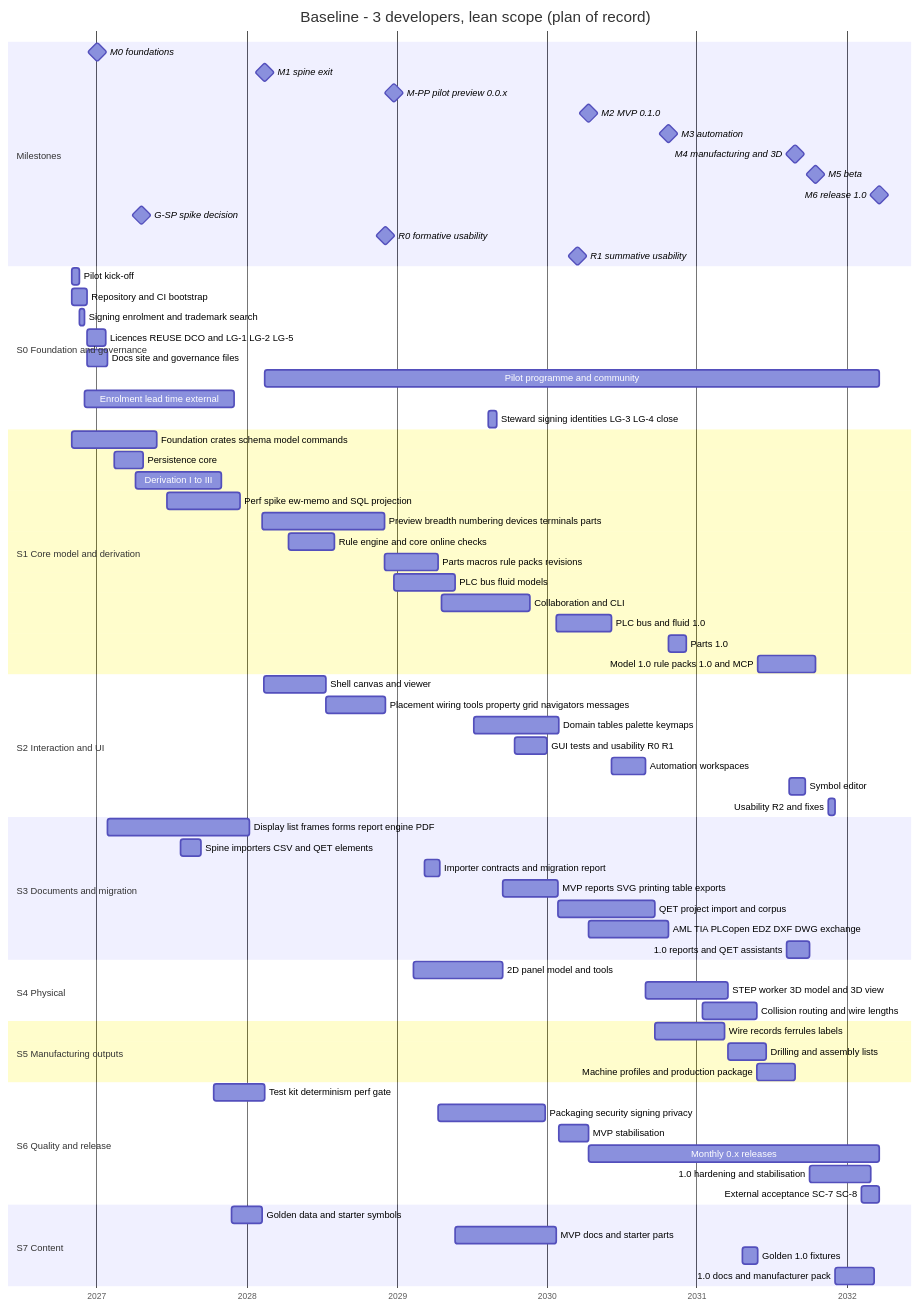
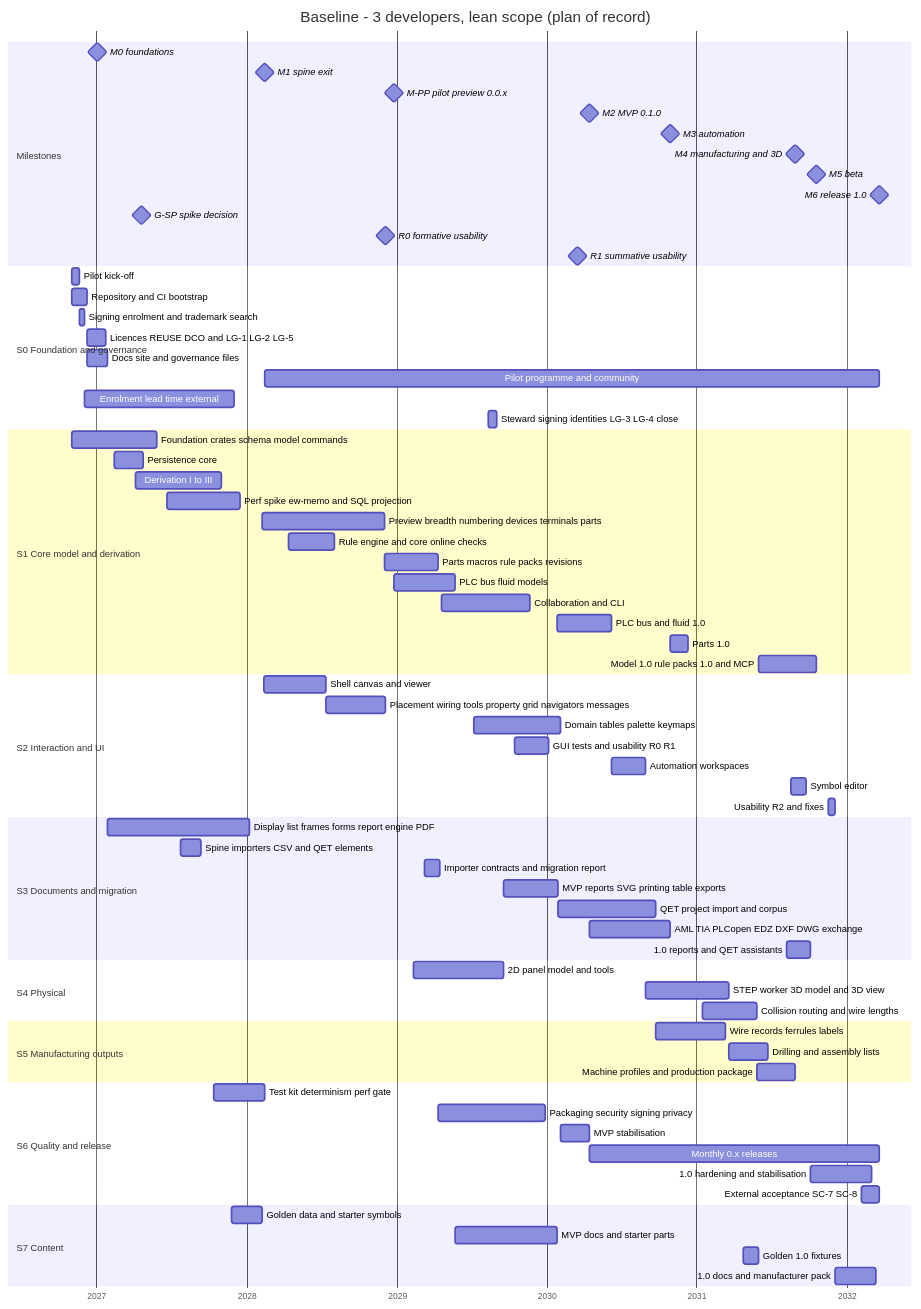
The second of 3 diagrams in docs/plan/01-global-plan.md (Ironkode787/ElektraWatt), drawn with Mermaid before and after one commit. The commit also changed other lines of this file and 12 other files, not shown here.

````diff
--- a/docs/plan/01-global-plan.md
+++ b/docs/plan/01-global-plan.md
@@ -1140,76 +1154,76 @@
 ```mermaid
 gantt
   title Baseline - 3 developers, lean scope (plan of record)
   dateFormat YYYY-MM-DD
   axisFormat %Y
   section Milestones
   M0 foundations :milestone, m0, 2027-01-03, 0d
   M1 spine exit :milestone, m1, 2028-02-14, 0d
   M-PP pilot preview 0.0.x :milestone, m2, 2028-12-24, 0d
-  M2 MVP 0.1.0 :milestone, m3, 2030-04-12, 0d
-  M3 automation :milestone, m4, 2030-10-24, 0d
+  M2 MVP 0.1.0 :milestone, m3, 2030-04-15, 0d
+  M3 automation :milestone, m4, 2030-10-27, 0d
   M4 manufacturing and 3D :milestone, m5, 2031-08-28, 0d
-  M5 beta :milestone, m6, 2031-10-16, 0d
+  M5 beta :milestone, m6, 2031-10-19, 0d
   M6 release 1.0 :milestone, m7, 2032-03-20, 0d
   G-SP spike decision :milestone, gsp, 2027-04-20, 0d
   R0 formative usability :milestone, r0, 2028-12-04, 0d
   R1 summative usability :milestone, r1, 2030-03-17, 0d
   section S0 Foundation and governance
   Pilot kick-off :t1, 2026-11-01, 2026-11-20
   Repository and CI bootstrap :t2, 2026-11-01, 2026-12-09
   Signing enrolment and trademark search :t3, 2026-11-20, 2026-12-02
   Licences REUSE DCO and LG-1 LG-2 LG-5 :t4, 2026-12-09, 2027-01-23
   Docs site and governance files :t5, 2026-12-09, 2027-01-27
   Pilot programme and community :t6, 2028-02-14, 2032-03-20
   Enrolment lead time external :t7, 2026-12-02, 2027-12-01
   Steward signing identities LG-3 LG-4 close :t8, 2029-08-12, 2029-08-31
   section S1 Core model and derivation
   Foundation crates schema model commands :t9, 2026-11-01, 2027-05-27
   Persistence core :t10, 2027-02-12, 2027-04-23
   Derivation I to III :t11, 2027-04-06, 2027-11-01
   Perf spike ew-memo and SQL projection :t12, 2027-06-21, 2027-12-15
   Preview breadth numbering devices terminals parts :t13, 2028-02-08, 2028-12-02
   Rule engine and core online checks :t14, 2028-04-11, 2028-08-01
   Parts macros rule packs revisions :t15, 2028-12-02, 2029-04-10
   PLC bus fluid models :t16, 2028-12-24, 2029-05-23
   Collaboration and CLI :t17, 2029-04-20, 2029-11-21
-  PLC bus and fluid 1.0 :t18, 2030-01-24, 2030-06-07
-  Parts 1.0 :t19, 2030-10-24, 2030-12-06
-  Model 1.0 rule packs 1.0 and MCP :t20, 2031-05-30, 2031-10-16
+  PLC bus and fluid 1.0 :t18, 2030-01-26, 2030-06-07
+  Parts 1.0 :t19, 2030-10-27, 2030-12-10
+  Model 1.0 rule packs 1.0 and MCP :t20, 2031-06-01, 2031-10-19
   section S2 Interaction and UI
   Shell canvas and viewer :t21, 2028-02-11, 2028-07-12
   Placement wiring tools property grid navigators messages :t22, 2028-07-12, 2028-12-04
-  Domain tables palette keymaps :t23, 2029-07-07, 2030-01-29
-  GUI tests and usability R0 R1 :t24, 2029-10-15, 2030-01-01
+  Domain tables palette keymaps :t23, 2029-07-07, 2030-02-02
+  GUI tests and usability R0 R1 :t24, 2029-10-15, 2030-01-04
   Automation workspaces :t25, 2030-06-07, 2030-08-28
-  Symbol editor :t26, 2031-08-14, 2031-09-21
+  Symbol editor :t26, 2031-08-18, 2031-09-24
   Usability R2 and fixes :t27, 2031-11-17, 2031-12-04
   section S3 Documents and migration
   Display list frames forms report engine PDF :t28, 2027-01-27, 2028-01-08
   Spine importers CSV and QET elements :t29, 2027-07-23, 2027-09-11
   Importer contracts and migration report :t30, 2029-03-09, 2029-04-16
-  MVP reports SVG printing table exports :t31, 2029-09-16, 2030-01-27
-  QET project import and corpus :t32, 2030-01-27, 2030-09-21
-  AML TIA PLCopen EDZ DXF DWG exchange :t33, 2030-04-12, 2030-10-24
-  1.0 reports and QET assistants :t34, 2031-08-07, 2031-10-02
+  MVP reports SVG printing table exports :t31, 2029-09-17, 2030-01-27
+  QET project import and corpus :t32, 2030-01-27, 2030-09-23
+  AML TIA PLCopen EDZ DXF DWG exchange :t33, 2030-04-15, 2030-10-27
+  1.0 reports and QET assistants :t34, 2031-08-08, 2031-10-04
   section S4 Physical
-  2D panel model and tools :t35, 2029-02-10, 2029-09-16
-  STEP worker 3D model and 3D view :t36, 2030-08-28, 2031-03-17
+  2D panel model and tools :t35, 2029-02-10, 2029-09-17
+  STEP worker 3D model and 3D view :t36, 2030-08-28, 2031-03-20
   Collision routing and wire lengths :t37, 2031-01-15, 2031-05-26
   section S5 Manufacturing outputs
-  Wire records ferrules labels :t38, 2030-09-21, 2031-03-09
-  Drilling and assembly lists :t39, 2031-03-17, 2031-06-19
+  Wire records ferrules labels :t38, 2030-09-23, 2031-03-11
+  Drilling and assembly lists :t39, 2031-03-20, 2031-06-22
   Machine profiles and production package :t40, 2031-05-26, 2031-08-28
   section S6 Quality and release
   Test kit determinism perf gate :t41, 2027-10-12, 2028-02-14
   Packaging security signing privacy :t42, 2029-04-10, 2029-12-27
-  MVP stabilisation :t43, 2030-01-29, 2030-04-12
-  Monthly 0.x releases :t44, 2030-04-12, 2032-03-20
-  1.0 hardening and stabilisation :t45, 2031-10-02, 2032-02-29
+  MVP stabilisation :t43, 2030-02-02, 2030-04-15
+  Monthly 0.x releases :t44, 2030-04-15, 2032-03-20
+  1.0 hardening and stabilisation :t45, 2031-10-04, 2032-03-02
   External acceptance SC-7 SC-8 :t46, 2032-02-05, 2032-03-20
   section S7 Content
   Golden data and starter symbols :t47, 2027-11-26, 2028-02-08
-  MVP docs and starter parts :t48, 2029-05-23, 2030-01-24
-  Golden 1.0 fixtures :t49, 2031-04-22, 2031-05-30
-  1.0 docs and manufacturer pack :t50, 2031-12-04, 2032-03-07
+  MVP docs and starter parts :t48, 2029-05-23, 2030-01-26
+  Golden 1.0 fixtures :t49, 2031-04-24, 2031-06-01
+  1.0 docs and manufacturer pack :t50, 2031-12-04, 2032-03-11
 ```
````
